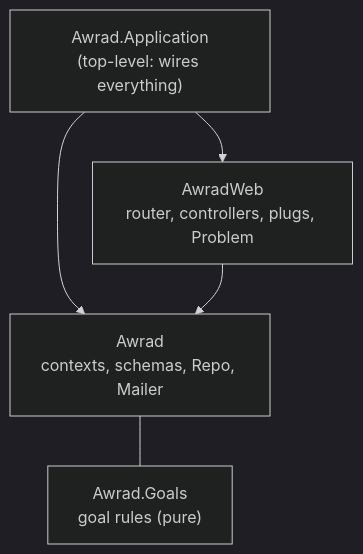
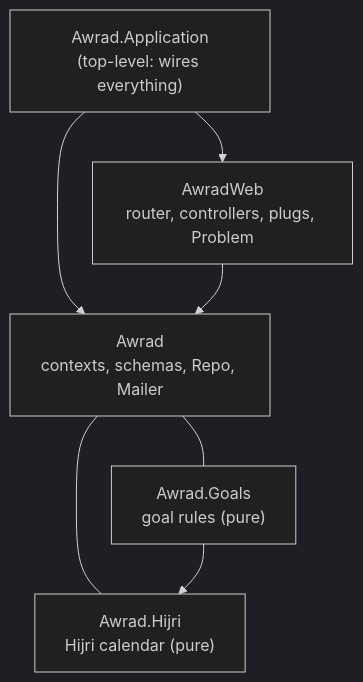
Before and after one commit to shibilyt/awrad: the diagram in awrad-server-next/ARCHITECTURE.md, drawn with Mermaid (dark theme). The commit also changed other lines of this file and 27 other files, not shown here.

First line of the commit message:
Server: Hijri calendar, yearly schedules and Hijri-month periods (slice 1b)

````diff
--- a/awrad-server-next/ARCHITECTURE.md
+++ b/awrad-server-next/ARCHITECTURE.md
@@ -10,11 +10,14 @@
 ```mermaid
 flowchart TD
   app["Awrad.Application<br/>(top-level: wires everything)"]
   web["AwradWeb<br/>router, controllers, plugs, Problem"]
   domain["Awrad<br/>contexts, schemas, Repo, Mailer"]
   goals["Awrad.Goals<br/>goal rules (pure)"]
+  hijri["Awrad.Hijri<br/>Hijri calendar (pure)"]
   app --> web
   app --> domain
   web --> domain
   domain --- goals
+  domain --- hijri
+  goals --> hijri
 ```
````
